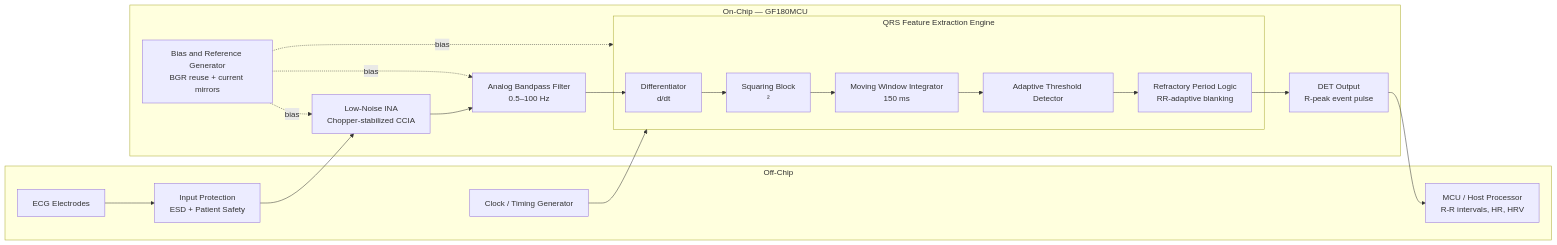
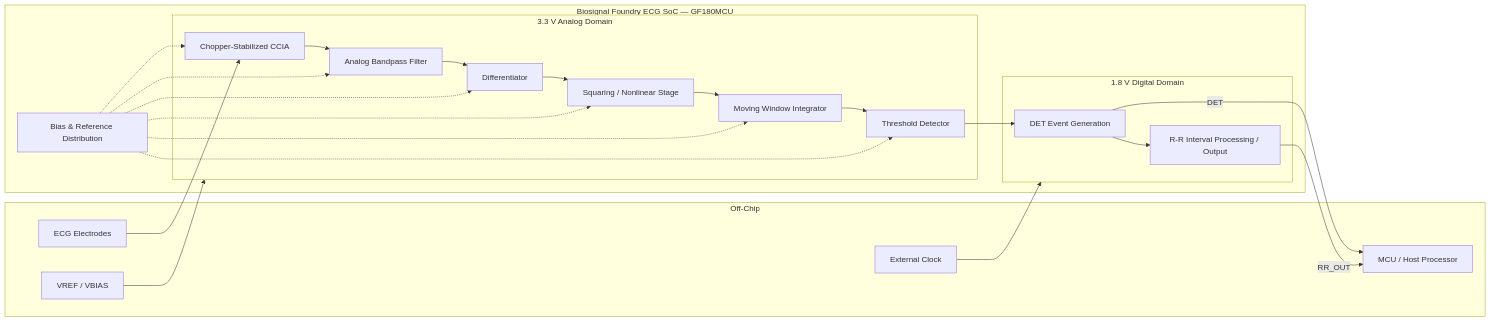
The diagram in README.md (Varchaswin/Biosignal-Foundry), drawn with Mermaid before and after one commit. The commit also changed other lines of this file, not shown here.

````diff
--- a/README.md
+++ b/README.md
@@ -62,33 +228,52 @@
 ```mermaid
 flowchart LR
+
     subgraph OFF["Off-Chip"]
-        A[ECG Electrodes]
-        B[Input Protection\nESD + Patient Safety]
-        CLK[Clock / Timing Generator]
-        MCU[MCU / Host Processor\nR-R intervals, HR, HRV]
+        ECG["ECG Electrodes"]
+        REF["VREF / VBIAS"]
+        CLK["External Clock"]
+        HOST["MCU / Host Processor"]
     end
 
-    subgraph ON["On-Chip — GF180MCU"]
-        C[Low-Noise INA\nChopper-stabilized CCIA]
-        D[Analog Bandpass Filter\n0.5–100 Hz]
+    subgraph CHIP["Biosignal Foundry ECG SoC — GF180MCU"]
 
-        subgraph QRS["QRS Feature Extraction Engine"]
-            E1[Differentiator\nd/dt]
-            E2[Squaring Block\n²]
-            E3[Moving Window Integrator\n150 ms]
-            E4[Adaptive Threshold Detector]
-            E5[Refractory Period Logic\nRR-adaptive blanking]
+        subgraph ANALOG["3.3 V Analog Domain"]
+            CCIA["Chopper-Stabilized CCIA"]
+            BPF["Analog Bandpass Filter"]
+            DIFF["Differentiator"]
+            SQR["Squaring / Nonlinear Stage"]
+            MWI["Moving Window Integrator"]
+            THR["Threshold Detector"]
         end
 
-        BIAS[Bias and Reference Generator\nBGR reuse + current mirrors]
-        DET[DET Output\nR-peak event pulse]
+        subgraph DIGITAL["1.8 V Digital Domain"]
+            DETGEN["DET Event Generation"]
+            RR["R-R Interval Processing / Output"]
+        end
+
+        BIAS["Bias & Reference Distribution"]
     end
 
-    A --> B --> C --> D
-    D --> E1 --> E2 --> E3 --> E4 --> E5 --> DET
-    DET --> MCU
-    CLK --> QRS
-    BIAS -.->|bias| C
-    BIAS -.->|bias| D
-    BIAS -.->|bias| QRS
+    ECG --> CCIA
+    REF --> ANALOG
+
+    CCIA --> BPF
+    BPF --> DIFF
+    DIFF --> SQR
+    SQR --> MWI
+    MWI --> THR
+    THR --> DETGEN
+
+    DETGEN -->|DET| HOST
+    DETGEN --> RR
+    RR -->|RR_OUT| HOST
+
+    CLK --> DIGITAL
+
+    BIAS -.-> CCIA
+    BIAS -.-> BPF
+    BIAS -.-> DIFF
+    BIAS -.-> SQR
+    BIAS -.-> MWI
+    BIAS -.-> THR
 ```
````
